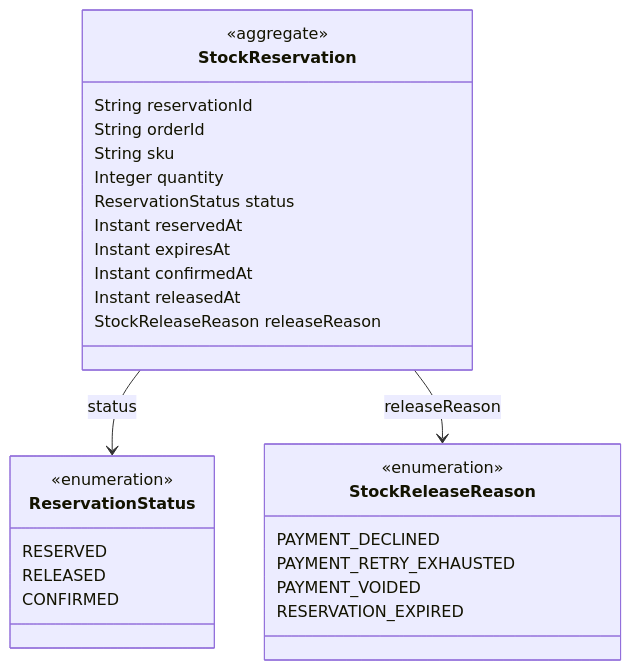
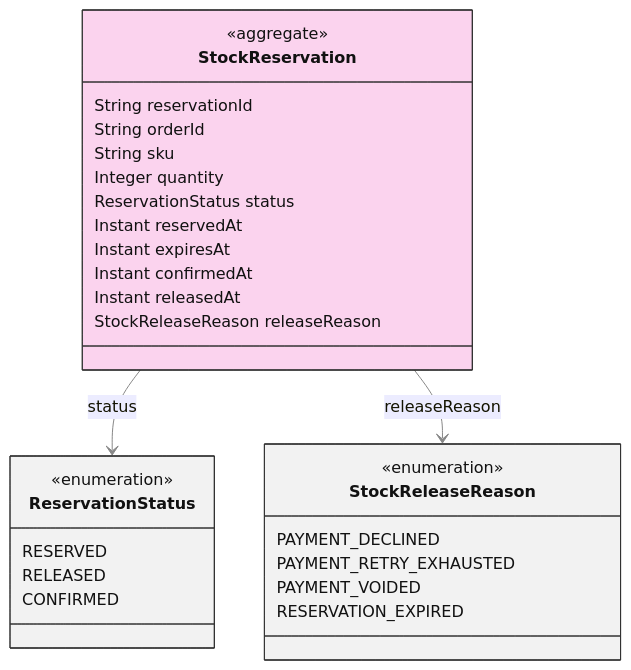
One commit to ZenWave360/dsl-kotlin changed the fourth of 7 diagrams in dsl-docs/src/commonTest/resources/snapshots/arcadia-modulith/modules/catalog-inventory.md. Above: the diagram before and after it, drawn with Mermaid. The commit also changed other lines of this file and 21 other files, not shown here.

Commit message:
feat(views): event class diagrams, light class diagram styling, command adapters

````diff
--- a/dsl-docs/src/commonTest/resources/snapshots/arcadia-modulith/modules/catalog-inventory.md
+++ b/dsl-docs/src/commonTest/resources/snapshots/arcadia-modulith/modules/catalog-inventory.md
@@ -128,31 +140,41 @@
 ```mermaid
+---
+config:
+  theme: default
+  themeVariables:
+    lineColor: "#888888"
+    edgeLabelBackground: "#ffffff"
+---
 classDiagram
     class StockReservation {
         <<aggregate>>
         String reservationId
         String orderId
         String sku
         Integer quantity
         ReservationStatus status
         Instant reservedAt
         Instant expiresAt
         Instant confirmedAt
         Instant releasedAt
         StockReleaseReason releaseReason
     }
     class ReservationStatus {
         <<enumeration>>
         RESERVED
         RELEASED
         CONFIRMED
     }
     class StockReleaseReason {
         <<enumeration>>
         PAYMENT_DECLINED
         PAYMENT_RETRY_EXHAUSTED
         PAYMENT_VOIDED
         RESERVATION_EXPIRED
     }
     StockReservation --> ReservationStatus : status
     StockReservation --> StockReleaseReason : releaseReason
+    style StockReservation fill:#fbd3ee,stroke:#333333,color:#111111
+    style ReservationStatus fill:#f2f2f2,stroke:#333333,color:#111111
+    style StockReleaseReason fill:#f2f2f2,stroke:#333333,color:#111111
 ```
````
